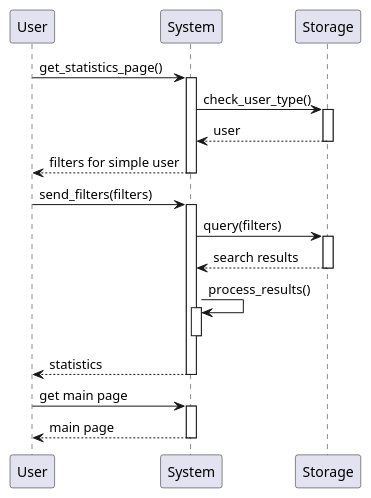
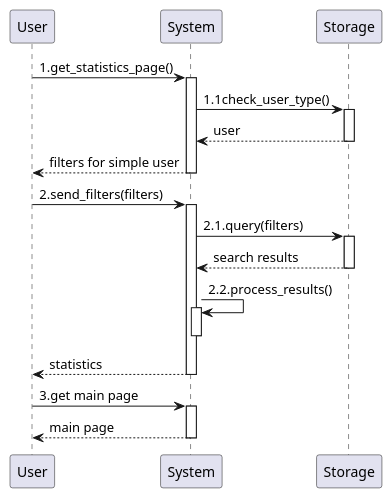
The second of 3 diagrams in RASD/materials/uml/useCases/reports.wsd (GiorgioUghini/SafeStreets), drawn with PlantUML before and after one commit. The commit also changed other lines of this file and 7 other files, not shown here.

Commit message:
Add numbers to sequence diagrams

```diff
--- a/RASD/materials/uml/useCases/reports.wsd
+++ b/RASD/materials/uml/useCases/reports.wsd
@@ -20,20 +20,20 @@
 @startuml information_mining
     participant User as U
     participant System as S
     participant Storage as ST
 
     autoactivate on
 
-    U -> S: get_statistics_page()
-    S -> ST: check_user_type()
+    U -> S: 1.get_statistics_page()
+    S -> ST: 1.1check_user_type()
     return user
     return filters for simple user
-    U -> S: send_filters(filters)
-    S -> ST: query(filters)
+    U -> S: 2.send_filters(filters)
+    S -> ST: 2.1.query(filters)
     return search results
-    S -> S: process_results()
+    S -> S: 2.2.process_results()
     deactivate S
     return statistics
-    U -> S: get main page
+    U -> S: 3.get main page
     return main page
 @enduml
```
